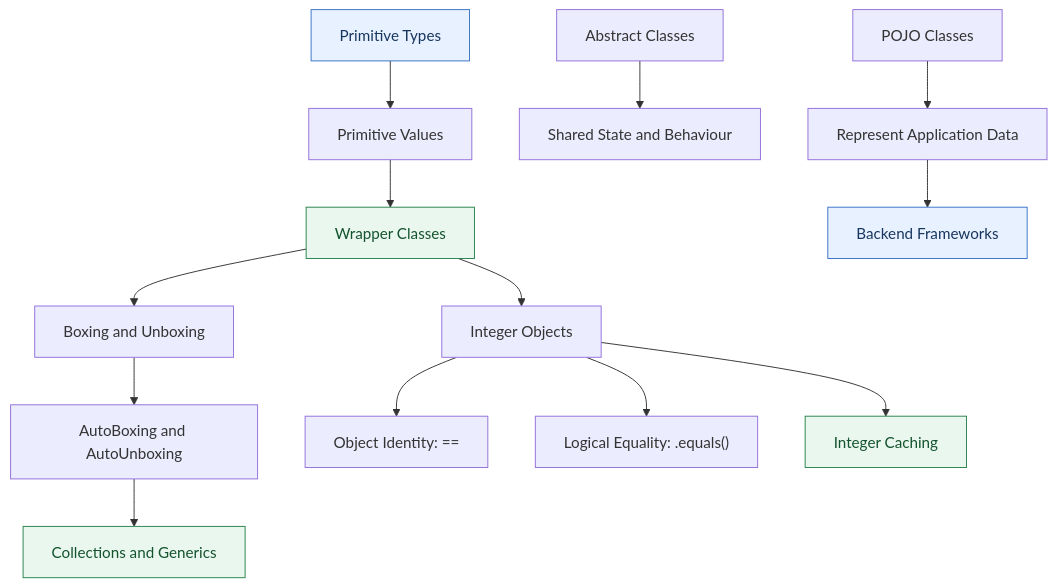
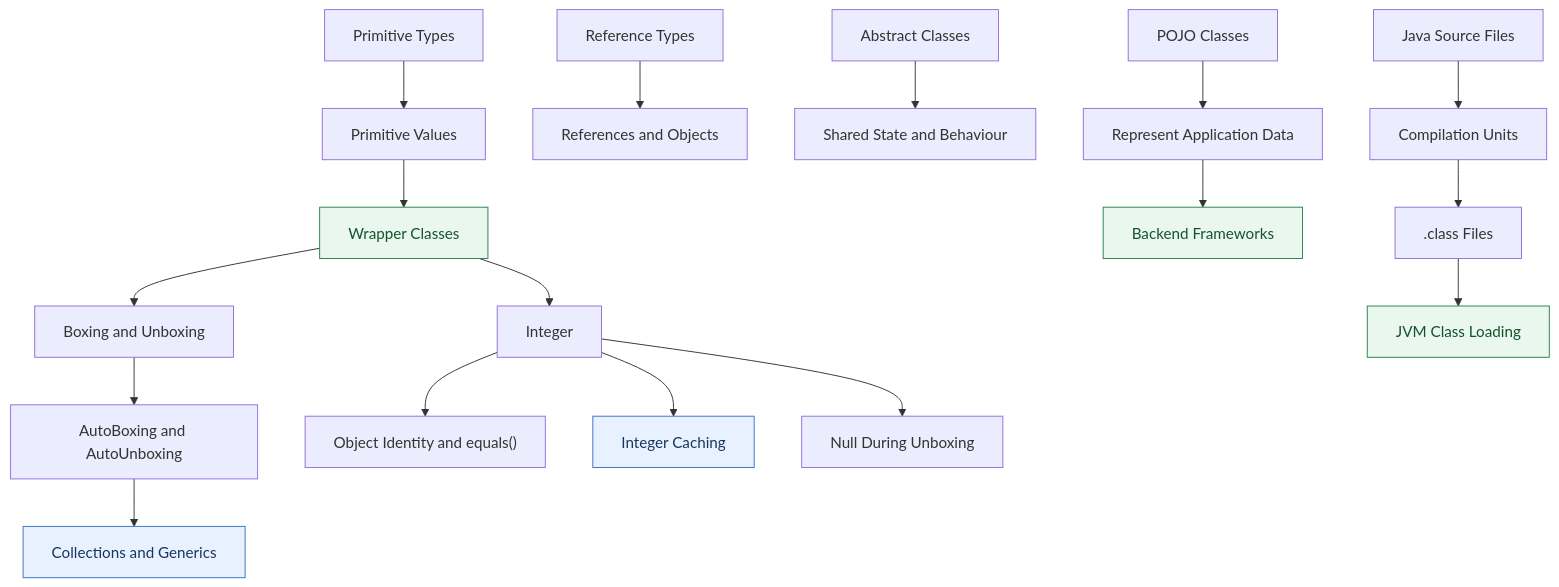
Before and after one commit to VivekCodes07/TheDSAJournal: diagram 11 of 11 in src/J08_ObjectOrientedProgramming/L11_AutoBoxingAndPOJOs/README.md, drawn with Mermaid. The commit also changed other lines of this file and 19 other files, not shown here.

````diff
--- a/src/J08_ObjectOrientedProgramming/L11_AutoBoxingAndPOJOs/README.md
+++ b/src/J08_ObjectOrientedProgramming/L11_AutoBoxingAndPOJOs/README.md
@@ -1650,23 +2046,30 @@
 ```mermaid
 flowchart TD
     A["Primitive Types"] --> B["Primitive Values"]
-    B --> C["Wrapper Classes"]
-    C --> D["Boxing and Unboxing"]
-    D --> E["AutoBoxing and AutoUnboxing"]
-    E --> F["Collections and Generics"]
+    C["Reference Types"] --> D["References and Objects"]
 
-    C --> G["Integer Objects"]
-    G --> H["Object Identity: =="]
-    G --> I["Logical Equality: .equals()"]
-    G --> J["Integer Caching"]
+    B --> E["Wrapper Classes"]
+    E --> F["Boxing and Unboxing"]
+    F --> G["AutoBoxing and AutoUnboxing"]
+    G --> H["Collections and Generics"]
 
-    K["Abstract Classes"] --> L["Shared State and Behaviour"]
-    M["POJO Classes"] --> N["Represent Application Data"]
-    N --> O["Backend Frameworks"]
+    E --> I["Integer"]
+    I --> J["Object Identity and equals()"]
+    I --> K["Integer Caching"]
+    I --> L["Null During Unboxing"]
 
-    style A fill:#E8F1FF,stroke:#3973C6,color:#17365D
-    style C fill:#E9F7EF,stroke:#27834A,color:#14532D
-    style F fill:#E9F7EF,stroke:#27834A,color:#14532D
-    style J fill:#E9F7EF,stroke:#27834A,color:#14532D
-    style O fill:#E8F1FF,stroke:#3973C6,color:#17365D
+    M["Abstract Classes"] --> N["Shared State and Behaviour"]
+
+    O["POJO Classes"] --> P["Represent Application Data"]
+    P --> Q["Backend Frameworks"]
+
+    R["Java Source Files"] --> S["Compilation Units"]
+    S --> T[".class Files"]
+    T --> U["JVM Class Loading"]
+
+    style E fill:#E9F7EF,stroke:#27834A,color:#14532D
+    style H fill:#E8F1FF,stroke:#3973C6,color:#17365D
+    style K fill:#E8F1FF,stroke:#3973C6,color:#17365D
+    style Q fill:#E9F7EF,stroke:#27834A,color:#14532D
+    style U fill:#E9F7EF,stroke:#27834A,color:#14532D
 ```
````
